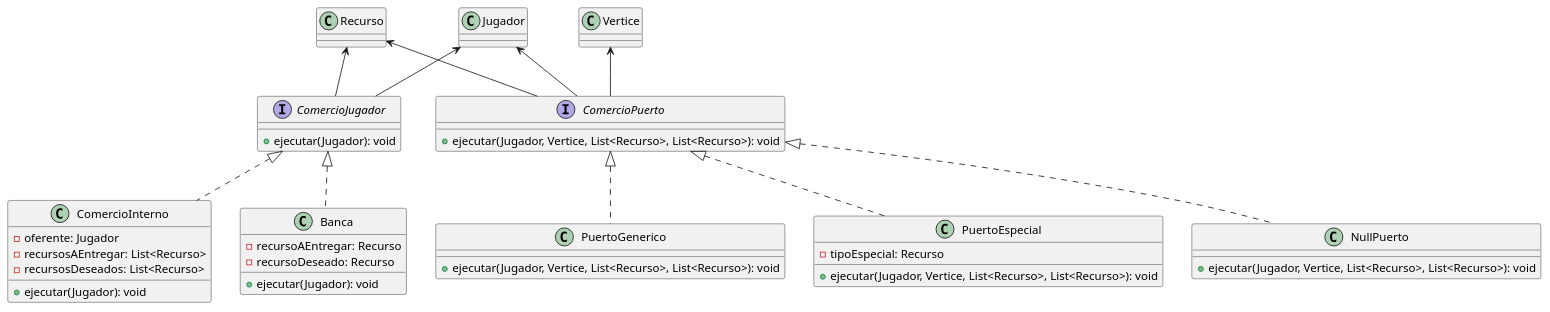
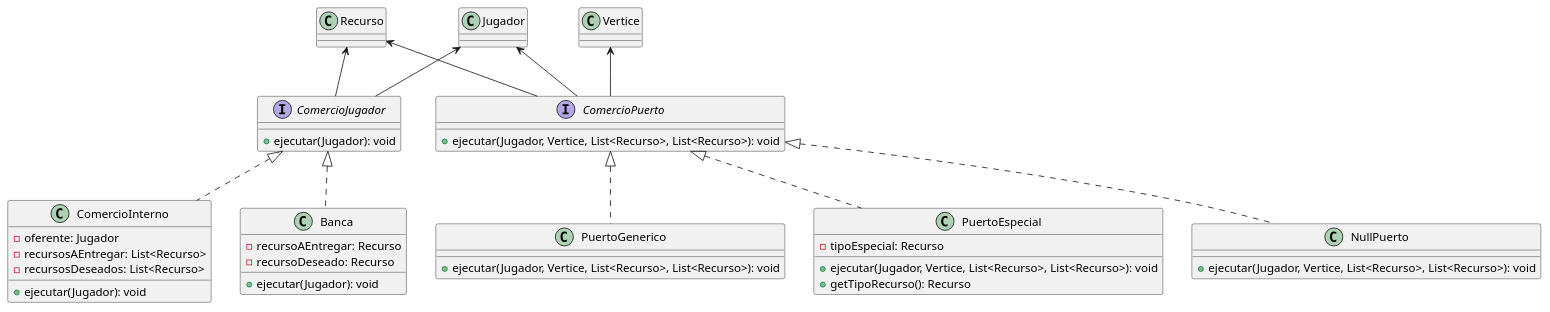
The diagram in diagrams/classes/comercio.puml (ValeSolArroyo/TP2-Catan), drawn with PlantUML before and after one commit. The commit also changed 8 other files, not shown here.

Commit message:
diagramas actualizados

```diff
--- a/diagrams/classes/comercio.puml
+++ b/diagrams/classes/comercio.puml
@@ -1,53 +1,54 @@
 @startuml
 
 interface ComercioJugador {
     + ejecutar(Jugador): void
 }
 
 class Banca {
     - recursoAEntregar: Recurso
     - recursoDeseado: Recurso
 
     + ejecutar(Jugador): void
 }
 
 class ComercioInterno {
     - oferente: Jugador
     - recursosAEntregar: List<Recurso>
     - recursosDeseados: List<Recurso>
 
     + ejecutar(Jugador): void
 }
 
 interface ComercioPuerto {
     + ejecutar(Jugador, Vertice, List<Recurso>, List<Recurso>): void
 }
 
 class PuertoGenerico {
     + ejecutar(Jugador, Vertice, List<Recurso>, List<Recurso>): void
 }
 
 class PuertoEspecial {
     - tipoEspecial: Recurso
 
     + ejecutar(Jugador, Vertice, List<Recurso>, List<Recurso>): void
+    + getTipoRecurso(): Recurso
 }
 
 class NullPuerto {
     + ejecutar(Jugador, Vertice, List<Recurso>, List<Recurso>): void
 }
 
 ComercioJugador <|.. Banca
 ComercioJugador <|.. ComercioInterno
 
 ComercioPuerto <|.. PuertoGenerico
 ComercioPuerto <|.. PuertoEspecial
 ComercioPuerto <|.. NullPuerto
 
 Jugador <-- ComercioJugador
 Jugador <-- ComercioPuerto
 Vertice <-- ComercioPuerto
 Recurso <-- ComercioJugador
 Recurso <-- ComercioPuerto
 
 @enduml
```
